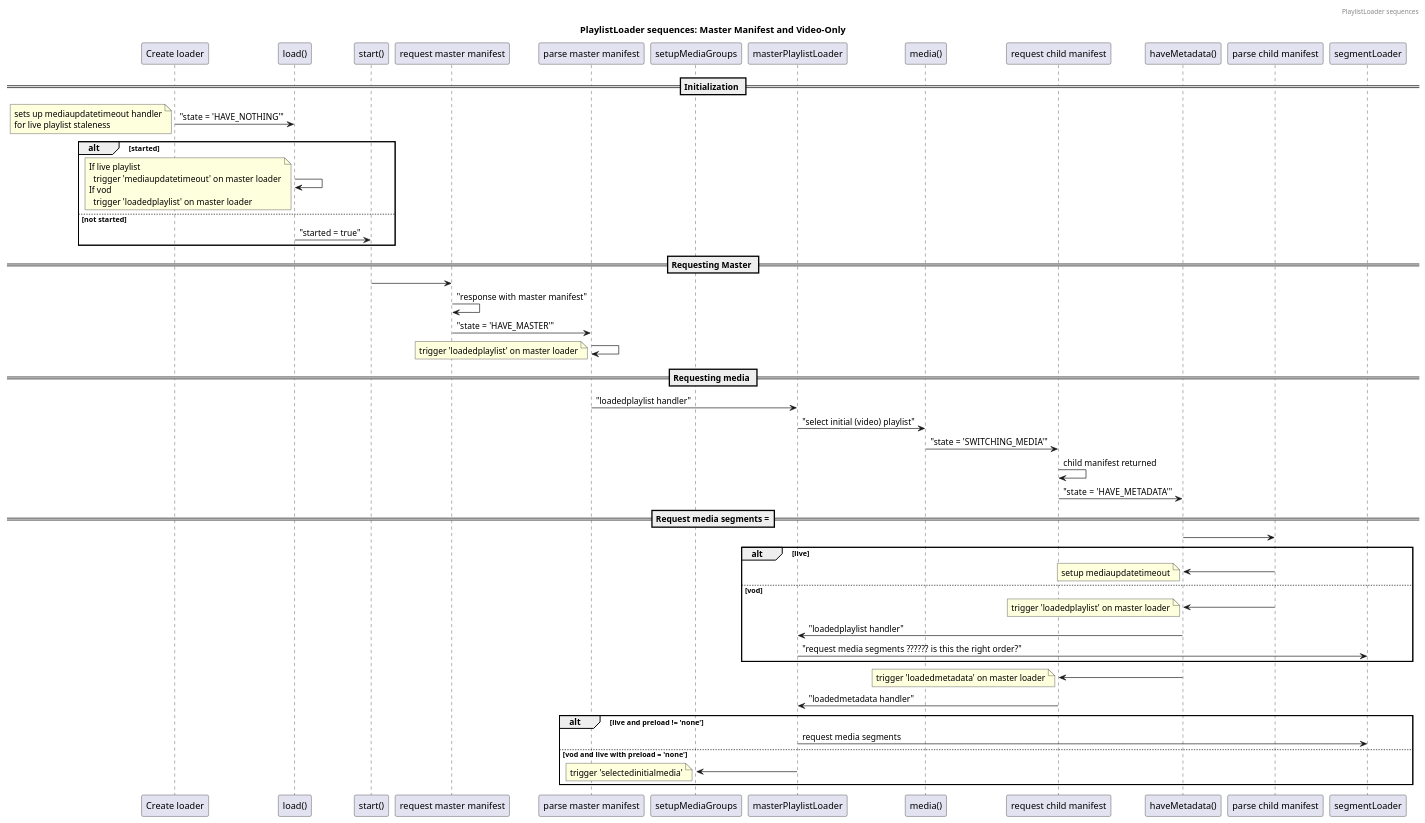
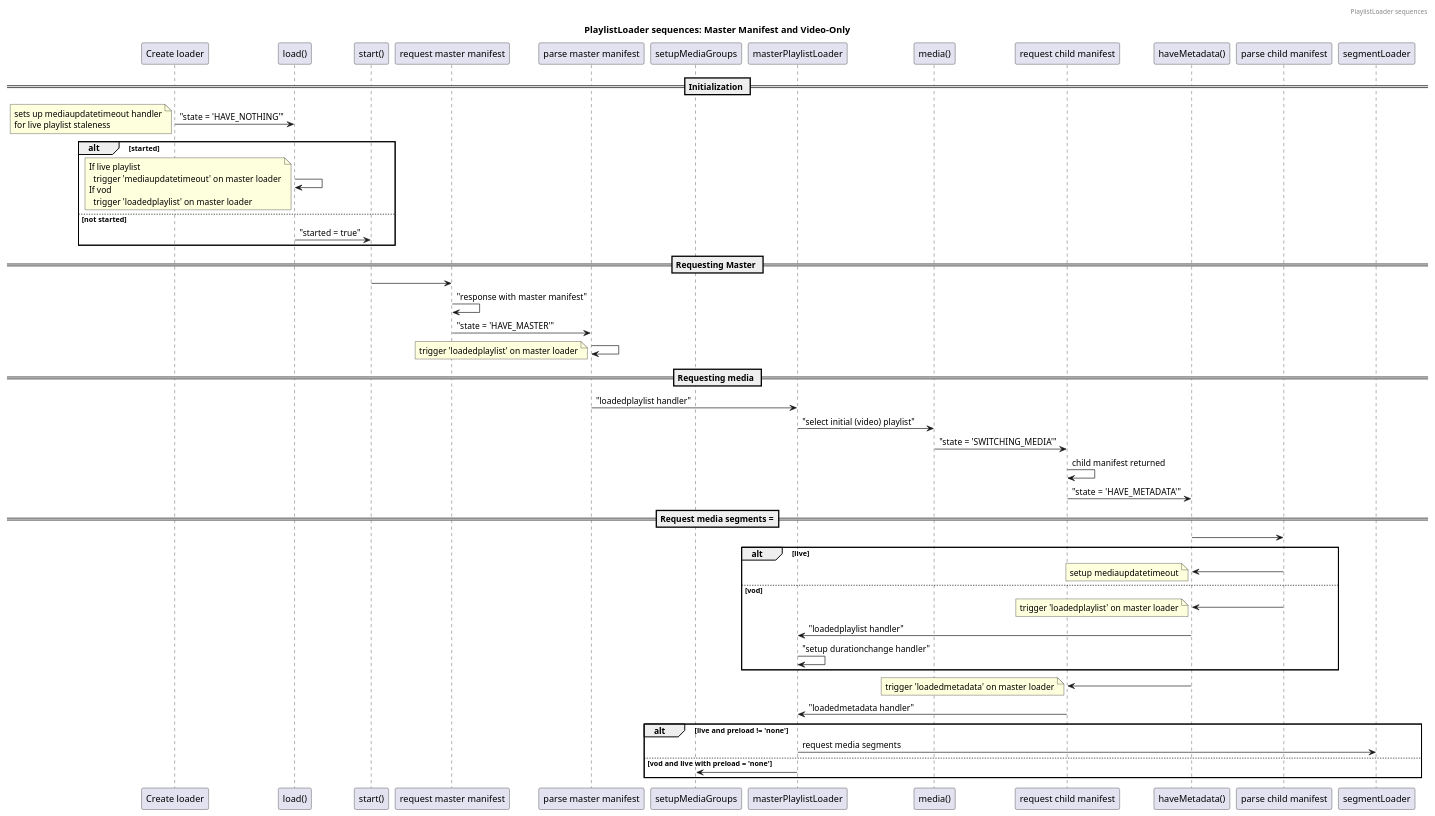
Before and after one commit to videojs/http-streaming: the diagram in docs/images/playlist-loader-master-video-only-sequence.plantuml, drawn with PlantUML. The commit also changed 1 other file, not shown here.

Commit message:
fix request child sequence

```diff
--- a/docs/images/playlist-loader-master-video-only-sequence.plantuml
+++ b/docs/images/playlist-loader-master-video-only-sequence.plantuml
@@ -1,101 +1,98 @@
 @startuml
 
 header PlaylistLoader sequences
 
 title PlaylistLoader sequences: Master Manifest and Video-Only
 
 Participant "Create loader" as constructor
 Participant "load()" as load
 Participant "start()" as start
 Participant "request master manifest" as requestMaster
 Participant "parse master manifest" as parseMaster
 Participant "setupMediaGroups" as setupMediaGroups
 Participant "masterPlaylistLoader" as MPL
 Participant "media()" as media
 Participant "request child manifest" as requestChild
 Participant "haveMetadata()" as haveMetadata
 Participant "parse child manifest" as parseChild
 Participant "segmentLoader" as SL
 
 == Initialization ==
 
 constructor -> load : "state = 'HAVE_NOTHING'"
 note left
   sets up mediaupdatetimeout handler
   for live playlist staleness
 end note
 
 alt started
   load -> load
   note left
     If live playlist
       trigger 'mediaupdatetimeout' on master loader
     If vod
       trigger 'loadedplaylist' on master loader
   end note
 
 else not started
 
 	load -> start : "started = true"
 
 end
 
 == Requesting Master ==
 
 start -> requestMaster
 requestMaster -> requestMaster : "response with master manifest"
 requestMaster -> parseMaster : "state = 'HAVE_MASTER'"
 
 parseMaster -> parseMaster
 note left
   trigger 'loadedplaylist' on master loader
 end note
 
 == Requesting media ==
 
 parseMaster -> MPL : "loadedplaylist handler"
 MPL -> media : "select initial (video) playlist"
 
 media -> requestChild : "state = 'SWITCHING_MEDIA'"
 requestChild -> requestChild : child manifest returned
 
 requestChild -> haveMetadata: "state = 'HAVE_METADATA'"
 
 == Request media segments ===
 
 haveMetadata -> parseChild
   alt live
     parseChild -> haveMetadata
     note left
       setup mediaupdatetimeout
     end note
 
   else vod
     parseChild -> haveMetadata
     note left
       trigger 'loadedplaylist' on master loader
     end note
 
     haveMetadata -> MPL : "loadedplaylist handler"
-    MPL -> SL : "request media segments ?????? is this the right order?"
+    MPL -> MPL : "setup durationchange handler"
   end
 
 haveMetadata -> requestChild
   note left
     trigger 'loadedmetadata' on master loader
   end note
 
 requestChild -> MPL  : "loadedmetadata handler"
 
 alt live and preload != 'none'
   MPL -> SL: request media segments
 
 else vod and live with preload = 'none'
   MPL -> setupMediaGroups
-  note left
-    trigger 'selectedinitialmedia'
-  end note
 
 end
 
 @enduml
```
